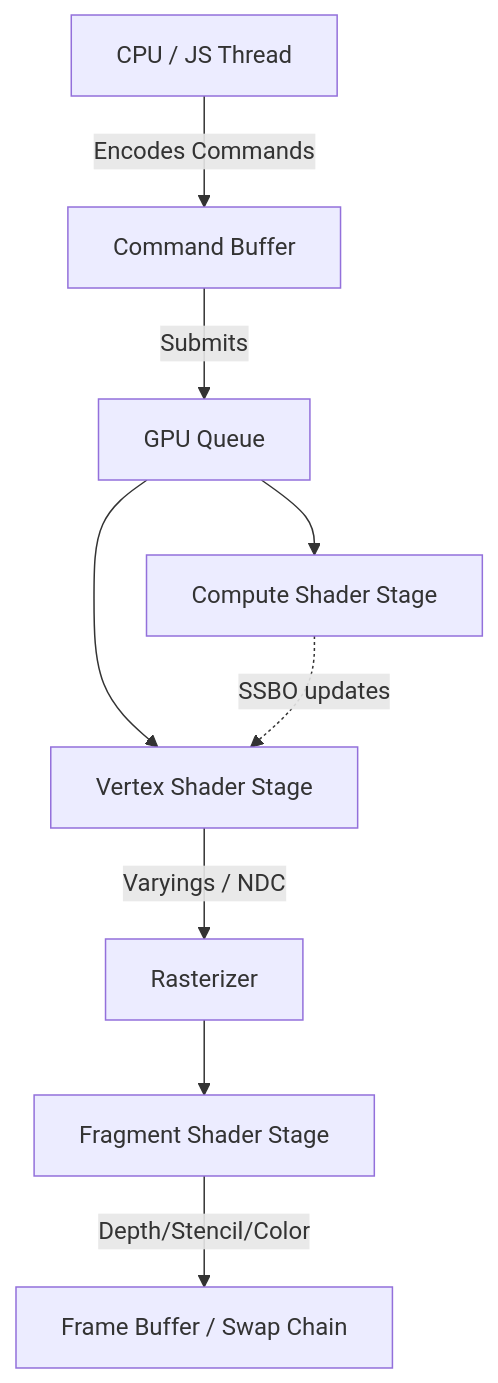
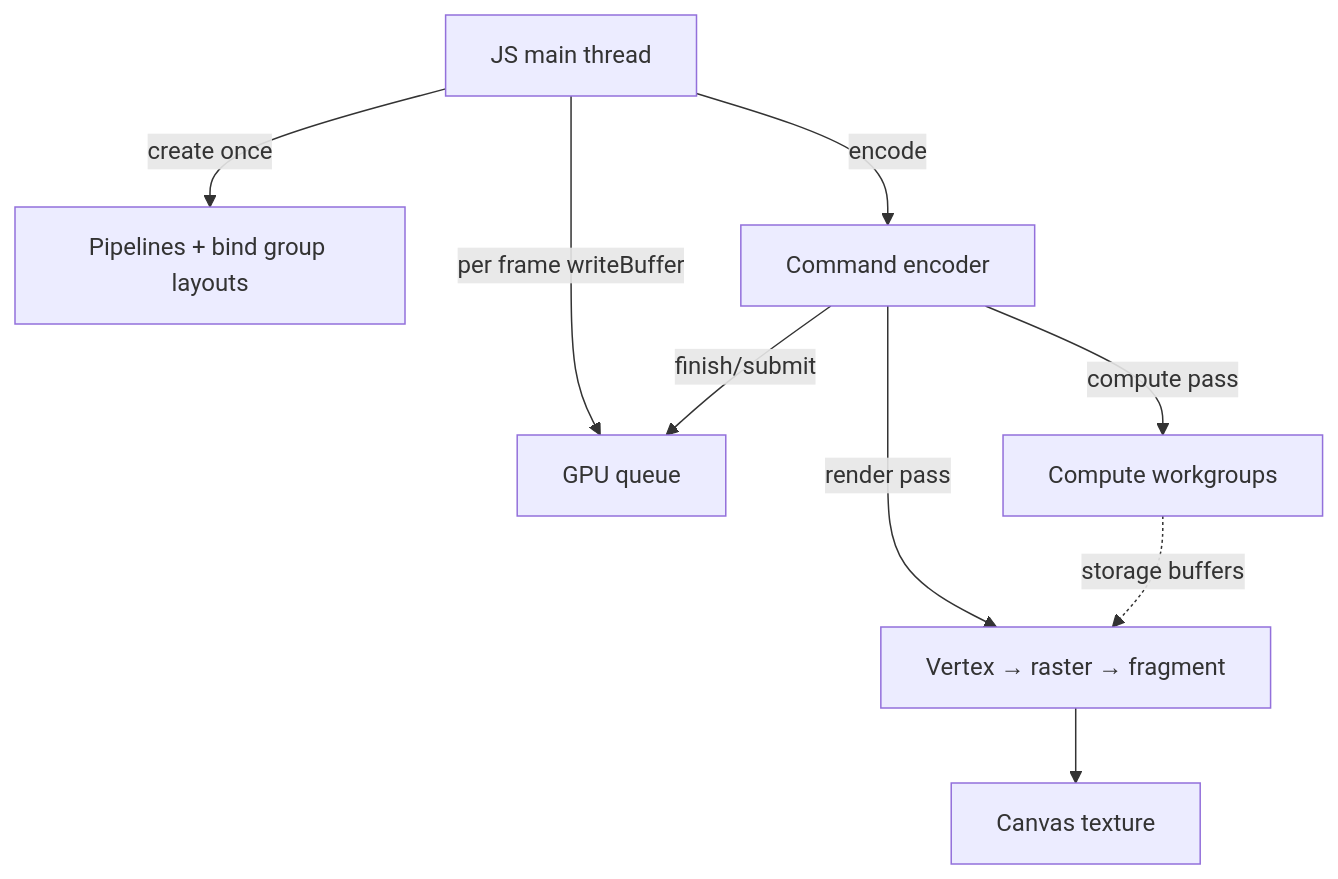
Before and after one commit to j4flmao/agent-skills: the diagram in skills/frontend/architecture/webgpu-webgl/SKILL.md, drawn with Mermaid. The commit also changed other lines of this file and 1218 other files, not shown here.

````diff
--- a/skills/frontend/architecture/webgpu-webgl/SKILL.md
+++ b/skills/frontend/architecture/webgpu-webgl/SKILL.md
@@ -12,12 +188,11 @@
 ```mermaid
-%%{init: {"theme": "default", "flowchart": {"useMaxWidth": true}}}%%
 flowchart TD
-    CPU[CPU / JS Thread] -->|Encodes Commands| CB[Command Buffer]
-    CB -->|Submits| GPUQ[GPU Queue]
-    GPUQ --> VS[Vertex Shader Stage]
-    VS -->|Varyings / NDC| Rast[Rasterizer]
-    Rast --> FS[Fragment Shader Stage]
-    FS -->|Depth/Stencil/Color| FB[Frame Buffer / Swap Chain]
-    GPUQ --> CS[Compute Shader Stage]
-    CS -.->|SSBO updates| VS
+    JS[JS main thread] -->|create once| PL[Pipelines + bind group layouts]
+    JS -->|per frame writeBuffer| Q[GPU queue]
+    JS -->|encode| CE[Command encoder]
+    CE -->|render pass| RP[Vertex → raster → fragment]
+    CE -->|compute pass| CP[Compute workgroups]
+    CP -.->|storage buffers| RP
+    CE -->|finish/submit| Q
+    RP --> SC[Canvas texture]
 ```
````
